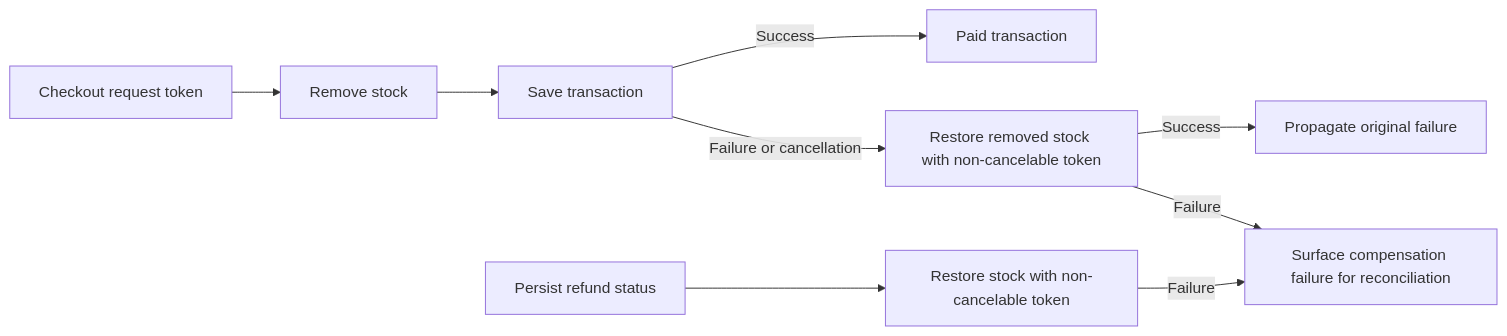
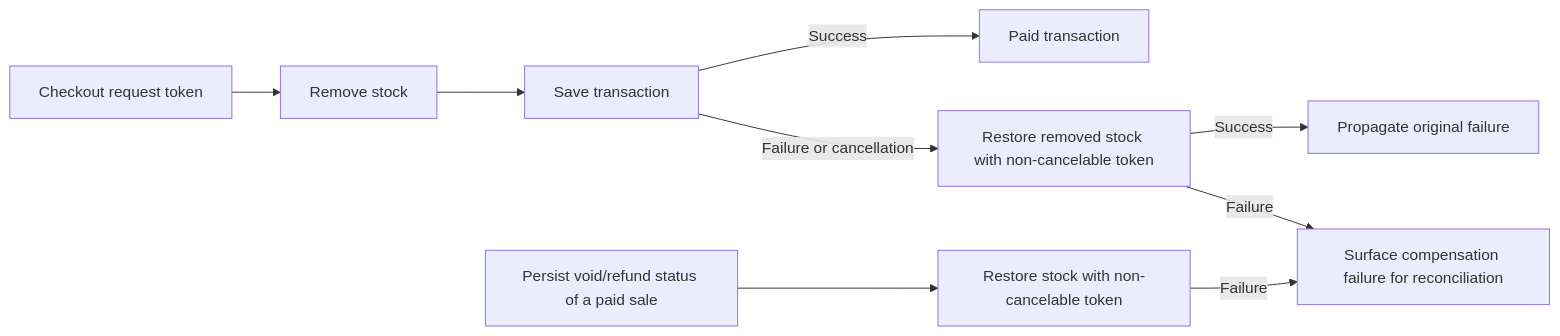
Before and after one commit to NarendraDappili/ApexPostLogisticsRepo: diagram 19 of 32 in DESIGN.md, drawn with Mermaid. The commit also changed other lines of this file and 101 other files, not shown here.

````diff
--- a/DESIGN.md
+++ b/DESIGN.md
@@ -313,11 +314,11 @@
 ```mermaid
 flowchart LR
     Checkout[Checkout request token] --> Remove[Remove stock]
     Remove --> Save[Save transaction]
     Save -->|Success| Complete[Paid transaction]
     Save -->|Failure or cancellation| Rollback[Restore removed stock with non-cancelable token]
     Rollback -->|Success| Propagate[Propagate original failure]
     Rollback -->|Failure| Reconcile[Surface compensation failure for reconciliation]
-    Refund[Persist refund status] --> Restore[Restore stock with non-cancelable token]
+    Refund[Persist void/refund status of a paid sale] --> Restore[Restore stock with non-cancelable token]
     Restore -->|Failure| Reconcile
 ```
````
